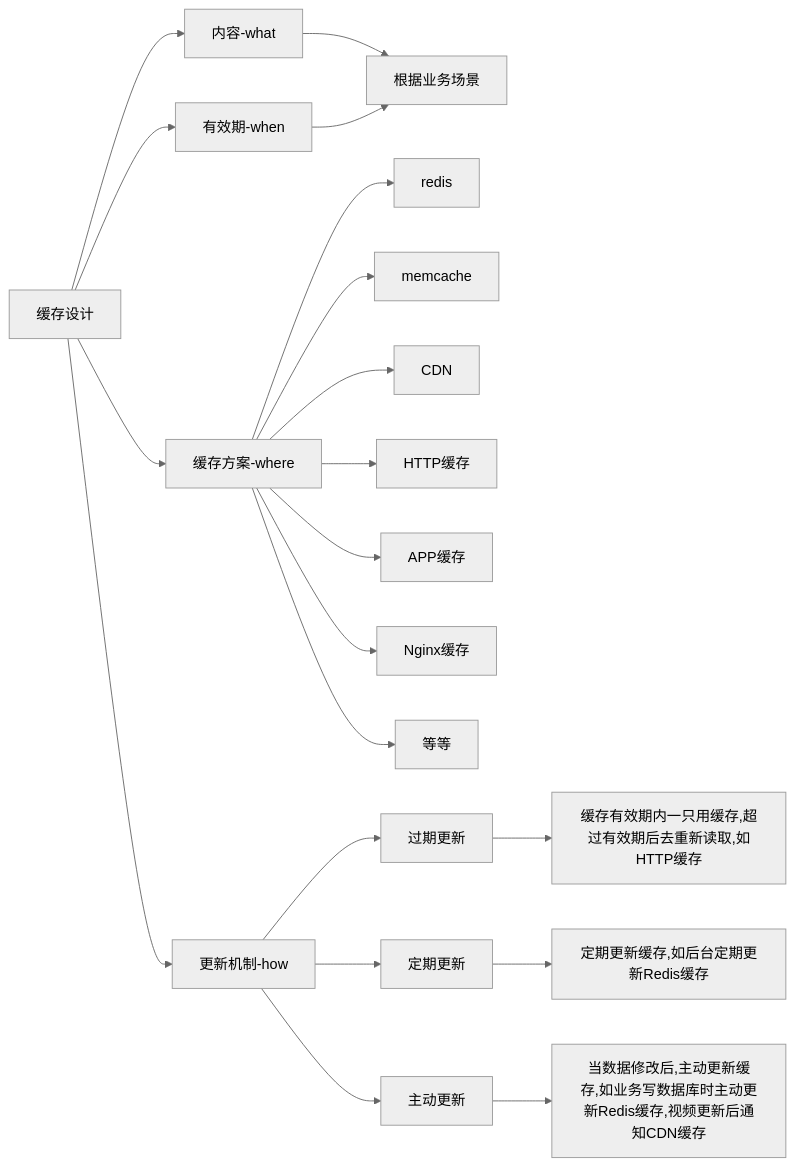
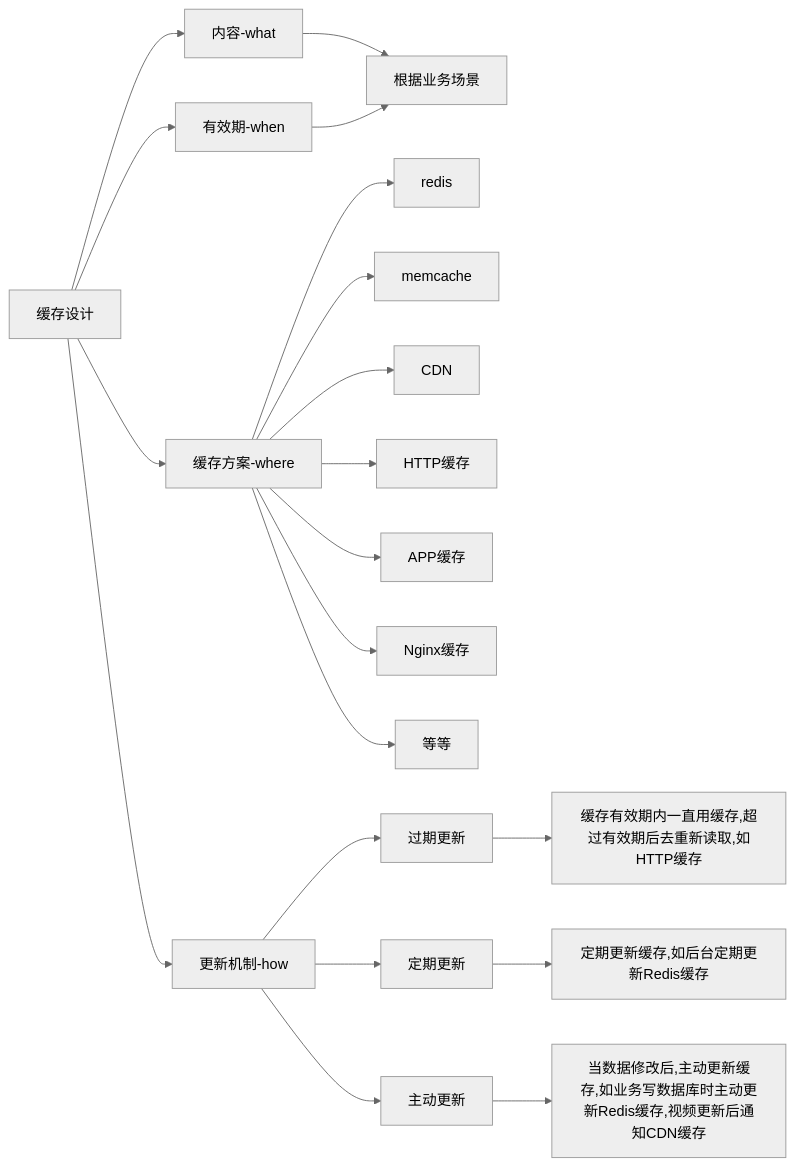
One commit to 1005281342/gosteady changed the second of 5 diagrams in 架构实战营/25_计算架构模式之多级缓存架构.md. Above: the diagram before and after it, drawn with Mermaid (neutral theme). The commit also changed other lines of this file, not shown here.

````diff
--- a/架构实战营/25_计算架构模式之多级缓存架构.md
+++ b/架构实战营/25_计算架构模式之多级缓存架构.md
@@ -48,19 +48,19 @@
 ```mermaid
 graph LR;
 缓存设计 --> 内容-what
 缓存设计 --> 有效期-when
 内容-what --> 根据业务场景
 有效期-when --> 根据业务场景
 缓存设计 --> 缓存方案-where
 缓存方案-where --> redis
 缓存方案-where --> memcache
 缓存方案-where --> CDN
 缓存方案-where --> HTTP缓存
 缓存方案-where --> APP缓存
 缓存方案-where --> Nginx缓存
 缓存方案-where --> 等等
 缓存设计 --> 更新机制-how
-更新机制-how --> 过期更新 --> 缓存有效期内一只用缓存,超过有效期后去重新读取,如HTTP缓存
+更新机制-how --> 过期更新 --> 缓存有效期内一直用缓存,超过有效期后去重新读取,如HTTP缓存
 更新机制-how --> 定期更新 --> 定期更新缓存,如后台定期更新Redis缓存
 更新机制-how --> 主动更新 --> 当数据修改后,主动更新缓存,如业务写数据库时主动更新Redis缓存,视频更新后通知CDN缓存
 ```
````
